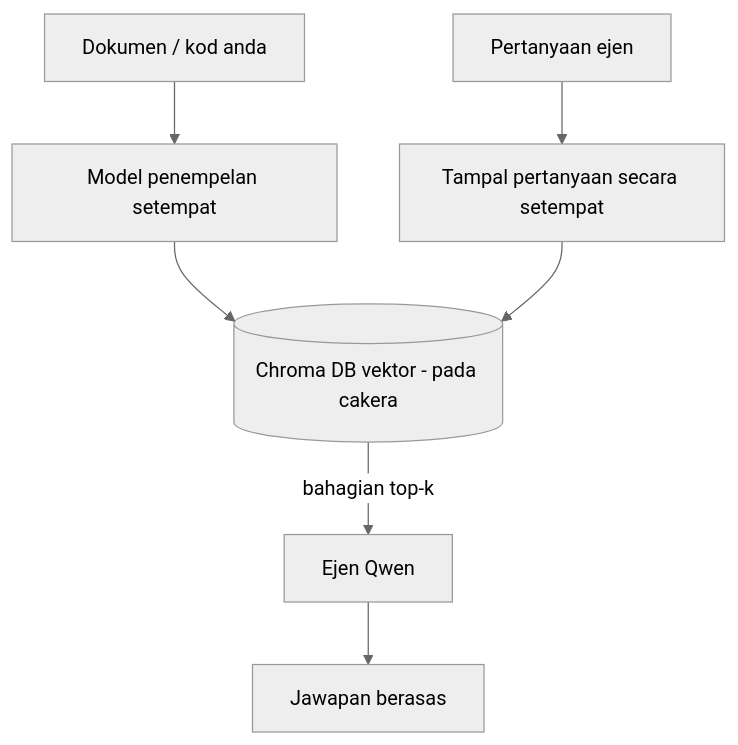
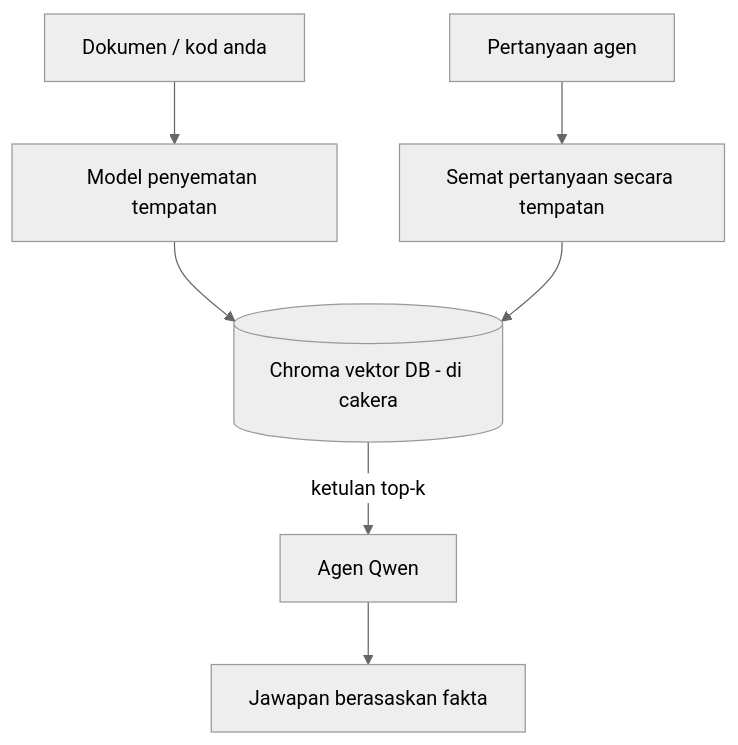
The third of 4 diagrams in mirrors/repos/microsoft@ai-agents-for-beginners/translations/ms/17-creating-local-ai-agents/README.md (gabrielmoreira/agent-skills-mirror), drawn with Mermaid (neutral theme) before and after one commit. The commit also changed other lines of this file and 4262 other files, not shown here.

````diff
--- a/mirrors/repos/microsoft@ai-agents-for-beginners/translations/ms/17-creating-local-ai-agents/README.md
+++ b/mirrors/repos/microsoft@ai-agents-for-beginners/translations/ms/17-creating-local-ai-agents/README.md
@@ -125,9 +125,9 @@
 ```mermaid
 flowchart TB
-    D[Dokumen / kod anda] --> E[Model penempelan setempat]
-    E --> V[(Chroma DB vektor - pada cakera)]
-    Q[Pertanyaan ejen] --> QE[Tampal pertanyaan secara setempat]
+    D[Dokumen / kod anda] --> E[Model penyematan tempatan]
+    E --> V[(Chroma vektor DB - di cakera)]
+    Q[Pertanyaan agen] --> QE[Semat pertanyaan secara tempatan]
     QE --> V
-    V -->|bahagian top-k| A[Ejen Qwen]
-    A --> Ans[Jawapan berasas]
+    V -->|ketulan top-k| A[Agen Qwen]
+    A --> Ans[Jawapan berasaskan fakta]
 ```
````
